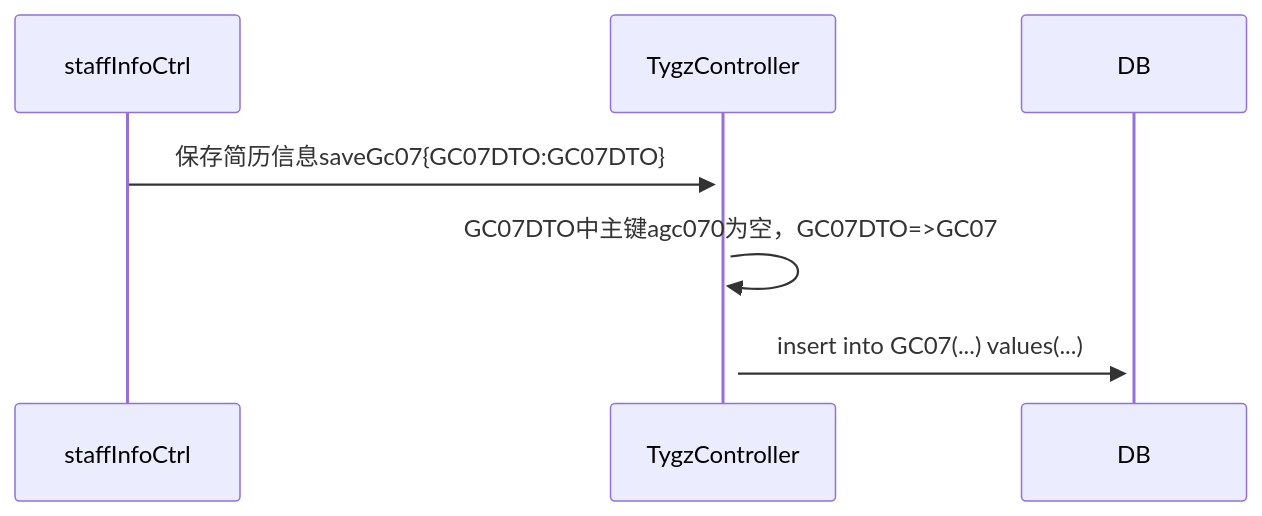
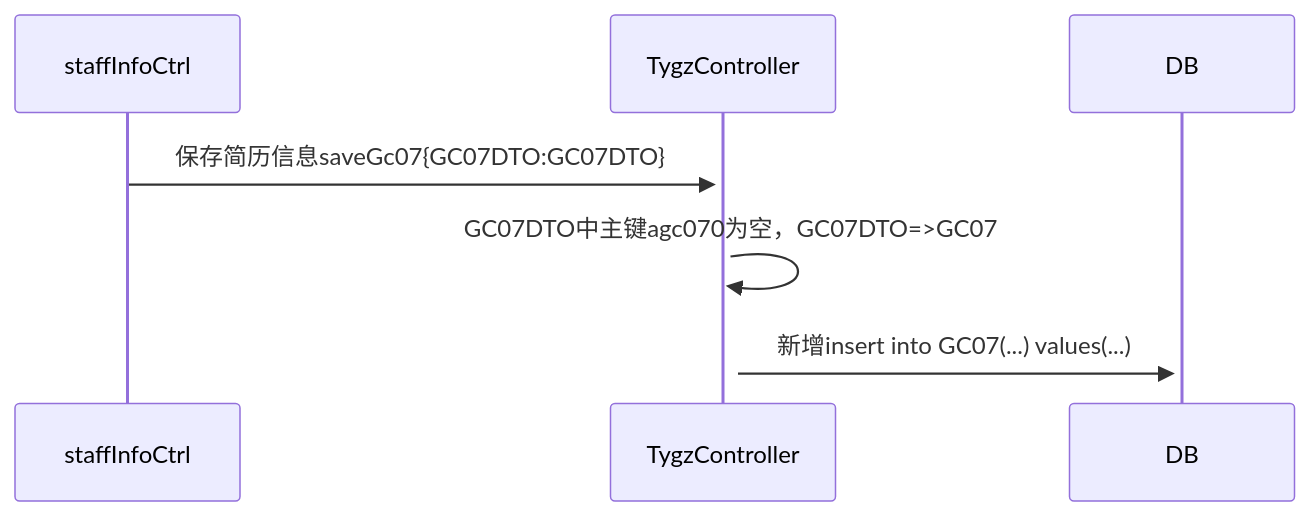
One commit to ZhangJianBeiJing/iodraw-files changed the diagram in all/未命名.md. Above: the diagram before and after it, drawn with Mermaid.

Commit message:
2025-03-25 17:08:30 update

````diff
--- a/all/未命名.md
+++ b/all/未命名.md
@@ -1,9 +1,9 @@
 ```mermaid
 sequenceDiagram
     staffInfoCtrl->>+TygzController:保存简历信息saveGc07{GC07DTO:GC07DTO}
     TygzController->>+TygzController:GC07DTO中主键agc070为空，GC07DTO=>GC07
-    TygzController->>+DB:insert into GC07(...) values(...)
-    
+    TygzController->>+DB:新增insert into GC07(...) values(...)
+
 
             
 ```
````
